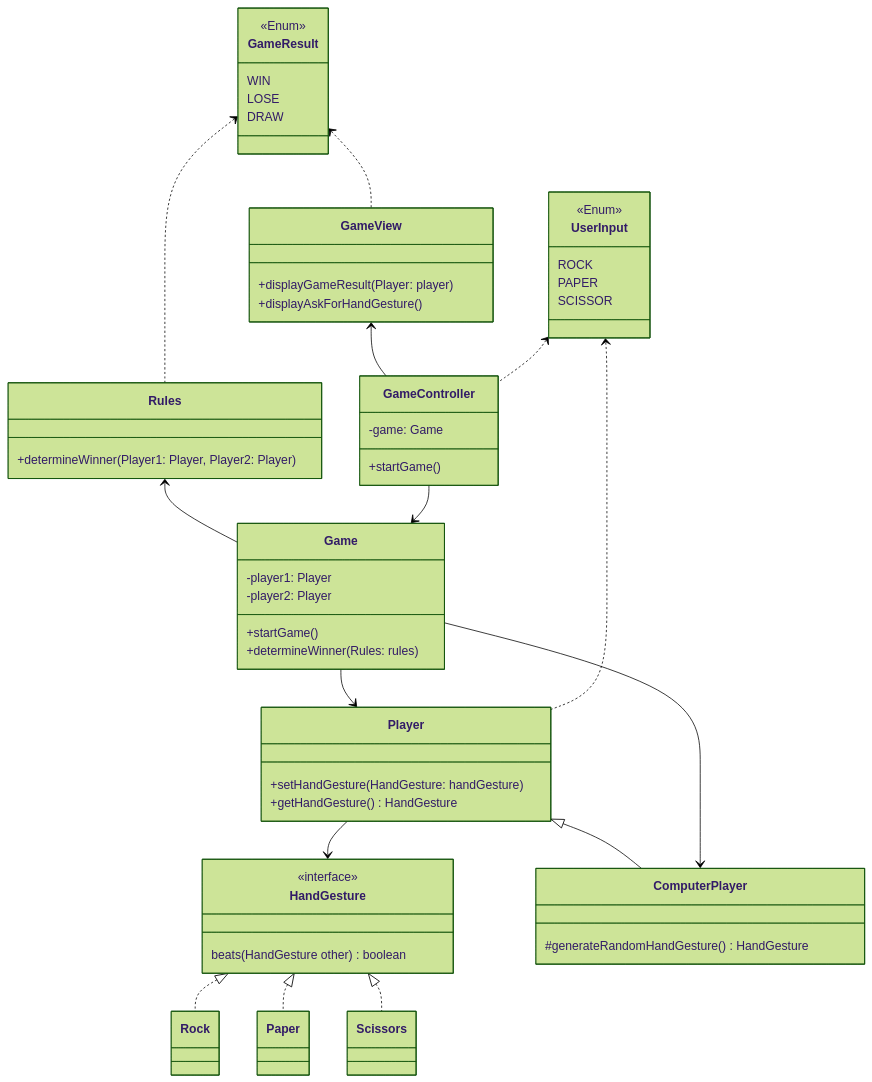
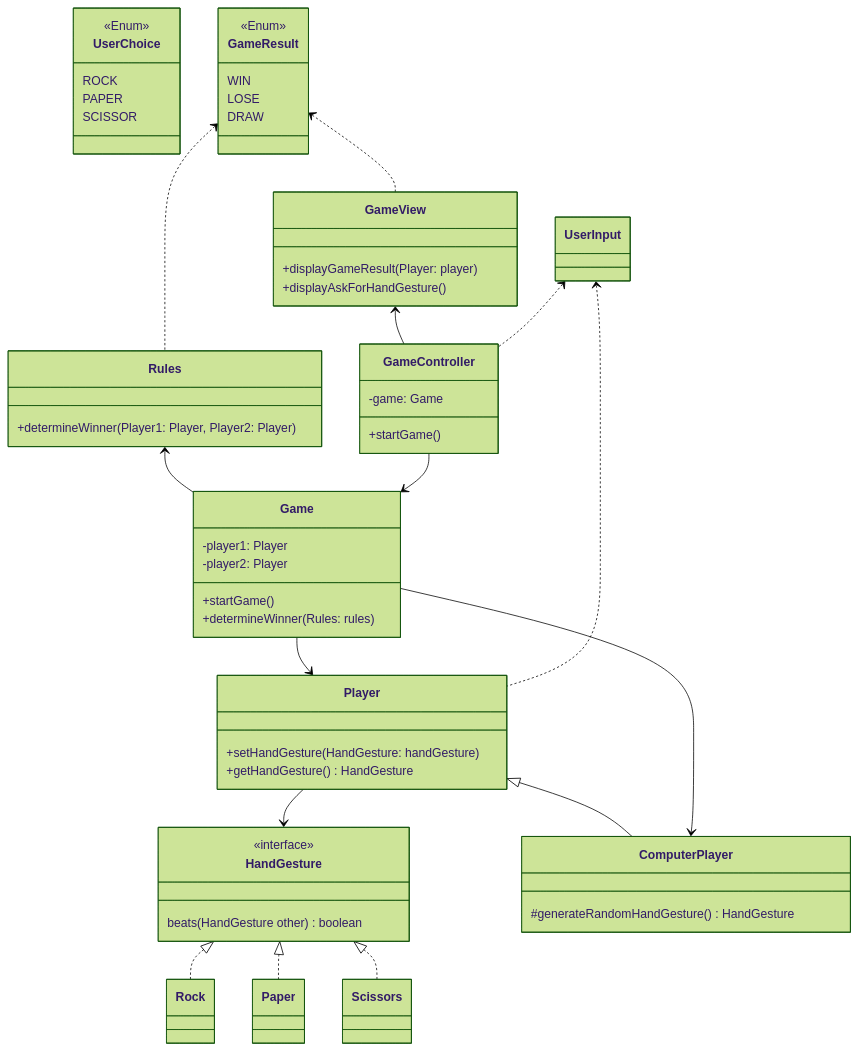
The diagram in Design.md (Witten2002/1dv609-Assignment1-part2), drawn with Mermaid (forest theme) before and after one commit. The commit also changed 12 other files, not shown here.

```diff
--- a/Design.md
+++ b/Design.md
@@ -63,7 +63,7 @@
 
 GameView <-- GameController
 
-class UserInput {
+class UserChoice {
   <<Enum>>
   ROCK
   PAPER
```
